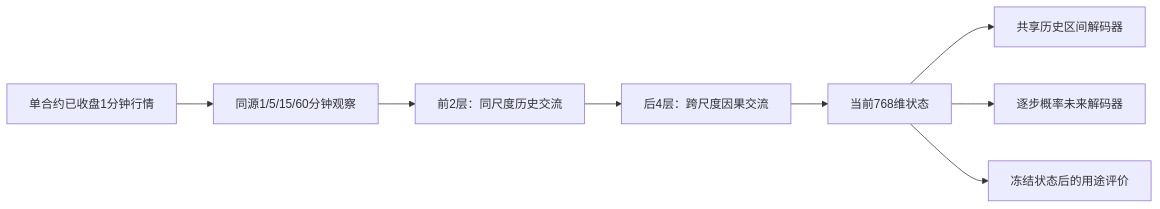
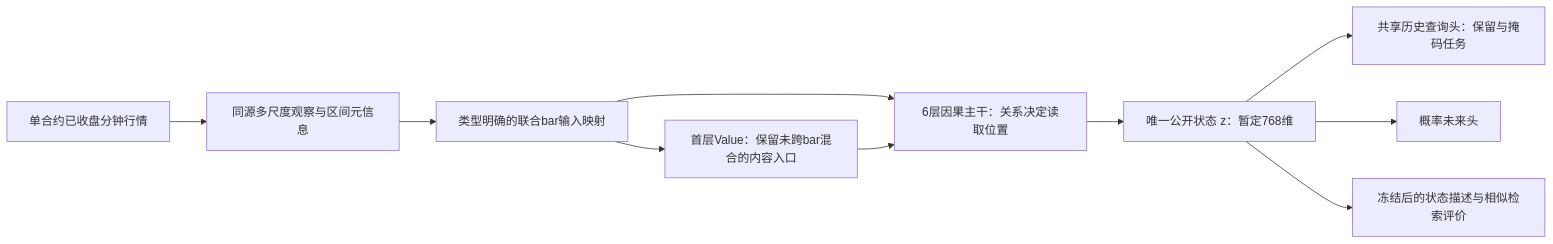
The diagram in docs/babel/BABEL_ROADMAP.md (BardanYu2025/obson), drawn with Mermaid before and after one commit. The commit also changed other lines of this file and 4 other files, not shown here.

Commit message:
docs(babel): define state geometry and joint learning architecture

````diff
--- a/docs/babel/BABEL_ROADMAP.md
+++ b/docs/babel/BABEL_ROADMAP.md
@@ -104,10 +114,12 @@
 ```mermaid
 flowchart LR
-  X["单合约已收盘1分钟行情"] --> V["同源1/5/15/60分钟观察"]
-  V --> L["前2层：同尺度历史交流"]
-  L --> G["后4层：跨尺度因果交流"]
-  G --> Z["当前768维状态"]
-  Z --> D["共享历史区间解码器"]
-  Z --> P["逐步概率未来解码器"]
-  Z --> U["冻结状态后的用途评价"]
+  X["单合约已收盘分钟行情"] --> V["同源多尺度观察与区间元信息"]
+  V --> E["类型明确的联合bar输入映射"]
+  E --> T["6层因果主干：关系决定读取位置"]
+  E --> R["首层Value：保留未跨bar混合的内容入口"]
+  R --> T
+  T --> Z["唯一公开状态 z：暂定768维"]
+  Z --> D["共享历史查询头：保留与掩码任务"]
+  Z --> P["概率未来头"]
+  Z --> U["冻结后的状态描述与相似检索评价"]
 ```
````
